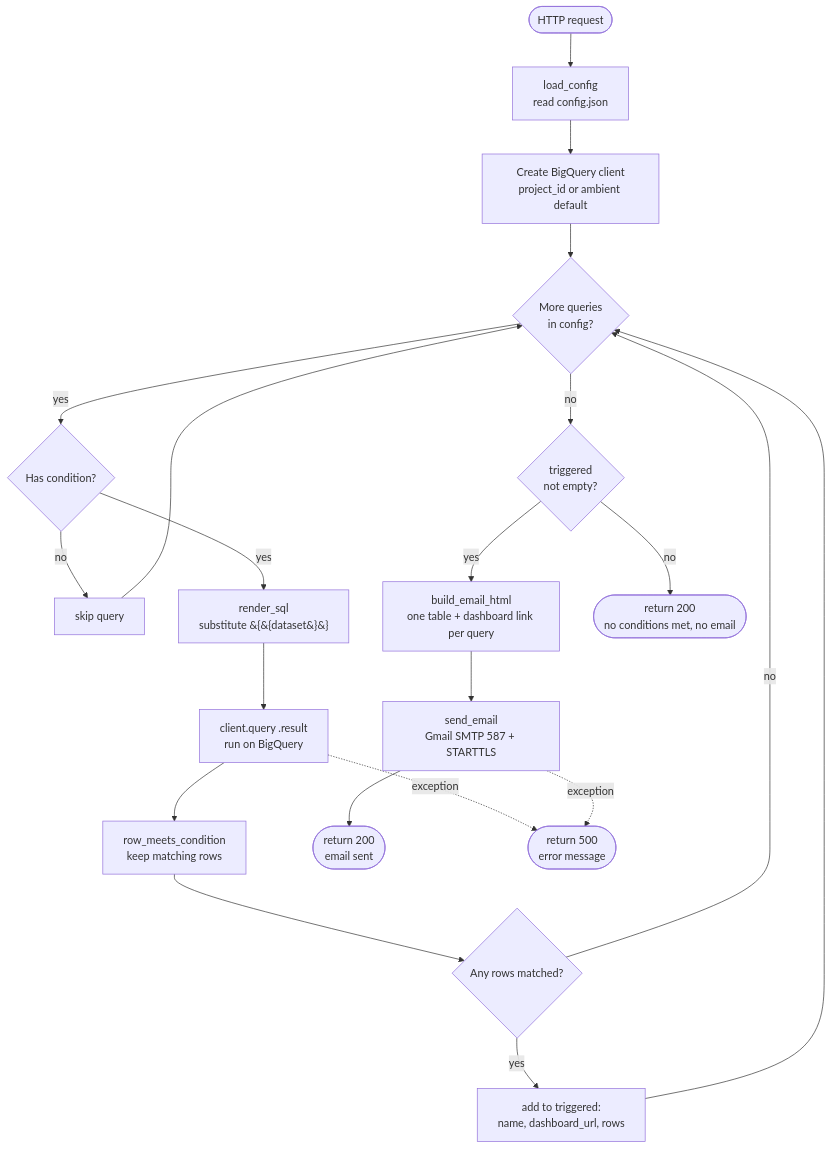
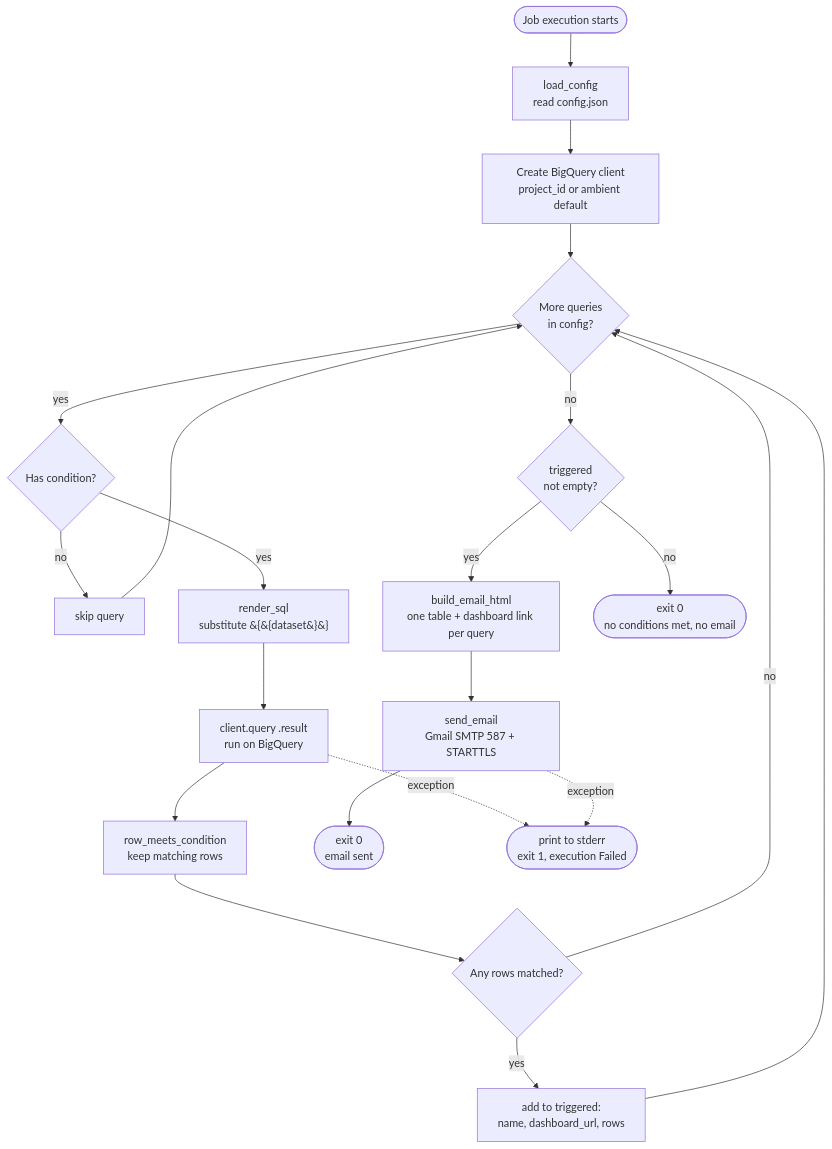
The diagram in README.md (Ethan07914/gc-alert-run-function), drawn with Mermaid before and after one commit. The commit also changed other lines of this file and 1 other file, not shown here.

First line of the commit message:
Update docs for Cloud Run Job refactor

````diff
--- a/README.md
+++ b/README.md
@@ -41,25 +45,25 @@
 ```mermaid
 flowchart TD
-    A([HTTP request]) --> B[load_config<br/>read config.json]
+    A([Job execution starts]) --> B[load_config<br/>read config.json]
     B --> C[Create BigQuery client<br/>project_id or ambient default]
     C --> D{More queries<br/>in config?}
 
     D -- yes --> G{Has condition?}
     G -- no --> S[skip query] --> D
     G -- yes --> E[render_sql<br/>substitute &#123;&#123;dataset&#125;&#125;]
     E --> F[client.query .result<br/>run on BigQuery]
     F --> I[row_meets_condition<br/>keep matching rows]
     I --> K{Any rows matched?}
     K -- yes --> L[add to triggered:<br/>name, dashboard_url, rows]
     K -- no --> D
     L --> D
 
     D -- no --> M{triggered<br/>not empty?}
     M -- yes --> N[build_email_html<br/>one table + dashboard link per query]
     N --> O[send_email<br/>Gmail SMTP 587 + STARTTLS]
-    O --> P([return 200<br/>email sent])
-    M -- no --> Q([return 200<br/>no conditions met, no email])
+    O --> P([exit 0<br/>email sent])
+    M -- no --> Q([exit 0<br/>no conditions met, no email])
 
-    F -. exception .-> R([return 500<br/>error message])
+    F -. exception .-> R([print to stderr<br/>exit 1, execution Failed])
     O -. exception .-> R
 ```
````
